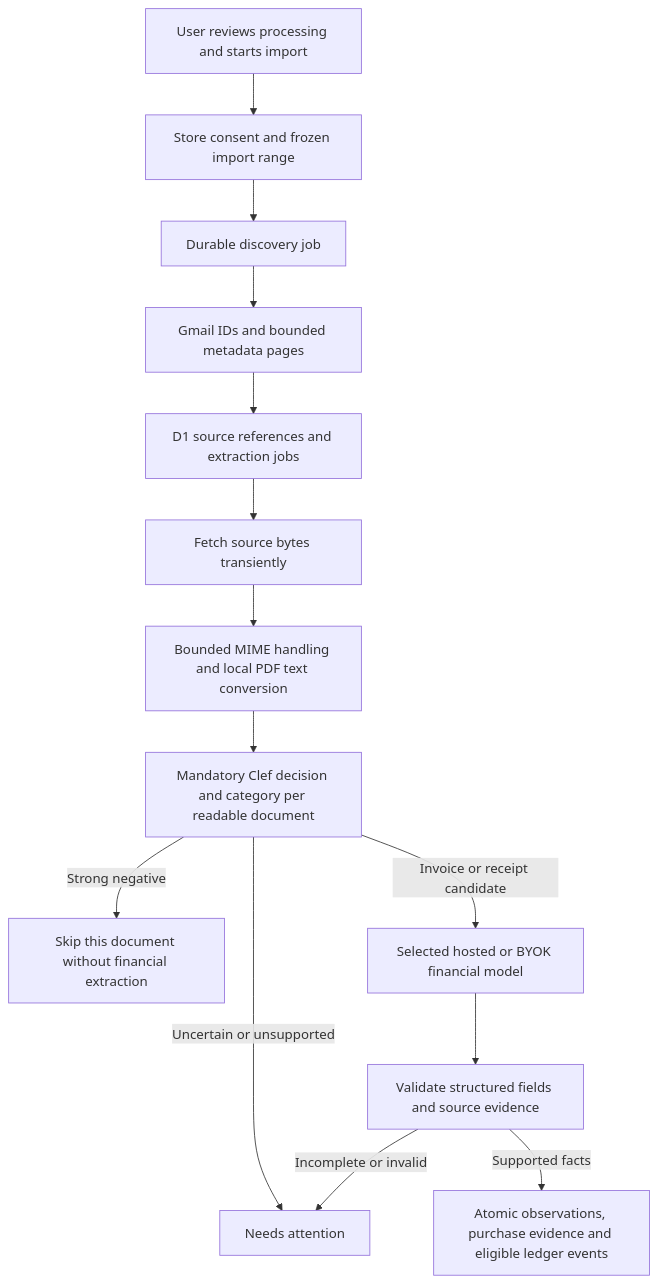
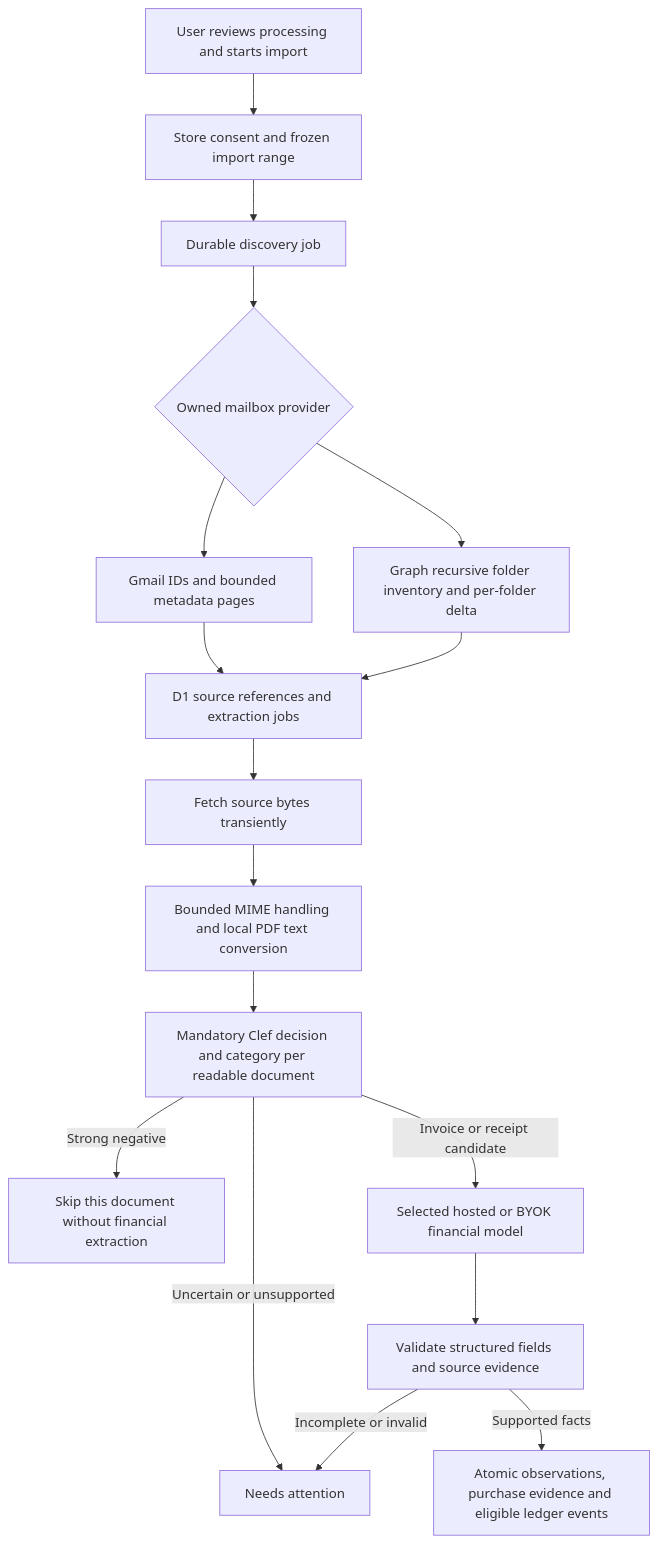
The diagram in docs/15-email-fetch-and-purchase-detection-flow.md (mhosseinab/invoxim), drawn with Mermaid before and after one commit. The commit also changed other lines of this file and 7 other files, not shown here.

````diff
--- a/docs/15-email-fetch-and-purchase-detection-flow.md
+++ b/docs/15-email-fetch-and-purchase-detection-flow.md
@@ -7,16 +7,19 @@
 ```mermaid
 flowchart TD
     Start[User reviews processing and starts import] --> Consent[Store consent and frozen import range]
     Consent --> Discovery[Durable discovery job]
-    Discovery --> Gmail[Gmail IDs and bounded metadata pages]
+    Discovery --> Provider{Owned mailbox provider}
+    Provider --> Gmail[Gmail IDs and bounded metadata pages]
+    Provider --> Outlook[Graph recursive folder inventory and per-folder delta]
     Gmail --> Source[D1 source references and extraction jobs]
+    Outlook --> Source
     Source --> Fetch[Fetch source bytes transiently]
     Fetch --> Convert[Bounded MIME handling and local PDF text conversion]
     Convert --> Clef[Mandatory Clef decision and category per readable document]
     Clef -->|Strong negative| Skip[Skip this document without financial extraction]
     Clef -->|Uncertain or unsupported| Review[Needs attention]
     Clef -->|Invoice or receipt candidate| Model[Selected hosted or BYOK financial model]
     Model --> Validate[Validate structured fields and source evidence]
     Validate -->|Incomplete or invalid| Review
     Validate -->|Supported facts| Commit[Atomic observations, purchase evidence and eligible ledger events]
 ```
````
